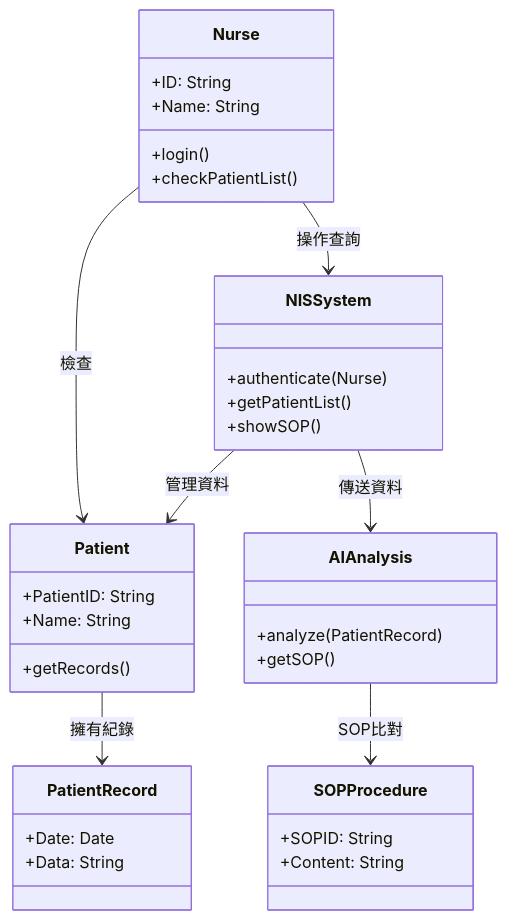
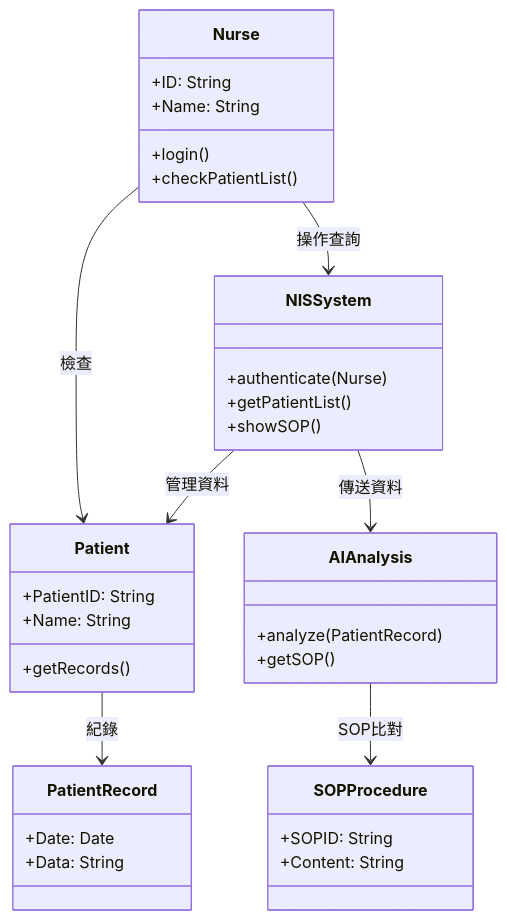
One commit to c112118138-dev/grouphw5 changed the first of 7 diagrams in README.md. Above: the diagram before and after it, drawn with Mermaid.

````diff
--- a/README.md
+++ b/README.md
@@ -2,37 +2,37 @@
 ```mermaid
 classDiagram
     class Nurse {
         +ID: String
         +Name: String
         +login()
         +checkPatientList()
     }
     class Patient {
         +PatientID: String
         +Name: String
         +getRecords()
     }
     class PatientRecord {
         +Date: Date
         +Data: String
     }
     class NISSystem {
         +authenticate(Nurse)
         +getPatientList()
         +showSOP()
     }
     class AIAnalysis {
         +analyze(PatientRecord)
         +getSOP()
     }
     class SOPProcedure {
         +SOPID: String
         +Content: String
     }
     Nurse --> NISSystem : 操作查詢
     Nurse --> Patient : 檢查
-    Patient --> PatientRecord : 擁有紀錄
+    Patient --> PatientRecord : 紀錄
     NISSystem --> Patient : 管理資料
     AIAnalysis --> SOPProcedure : SOP比對
     NISSystem --> AIAnalysis : 傳送資料
 ```
````
